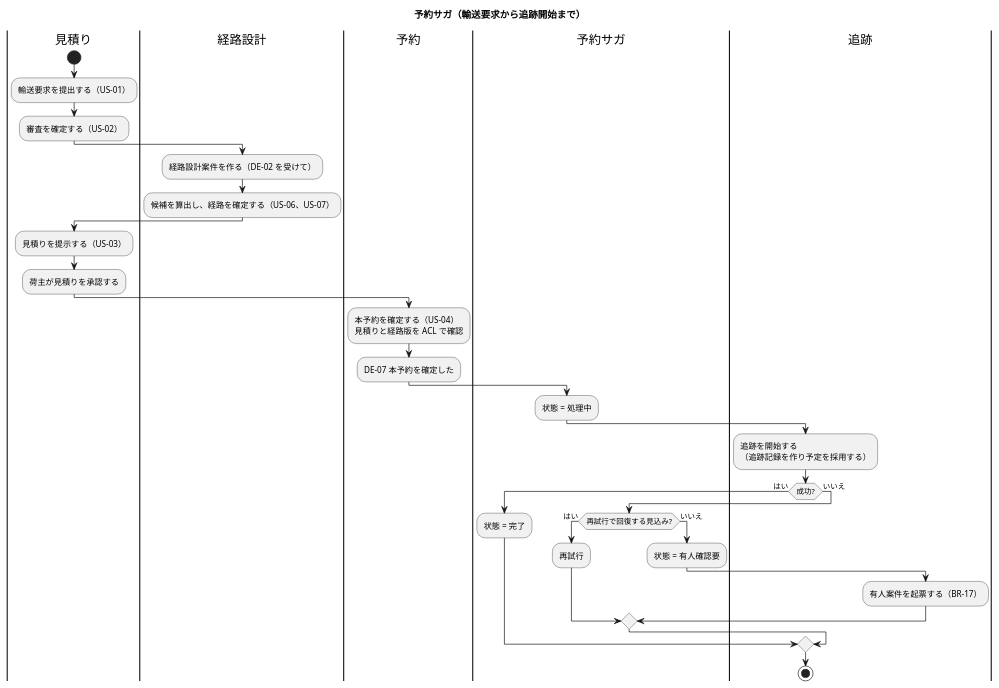
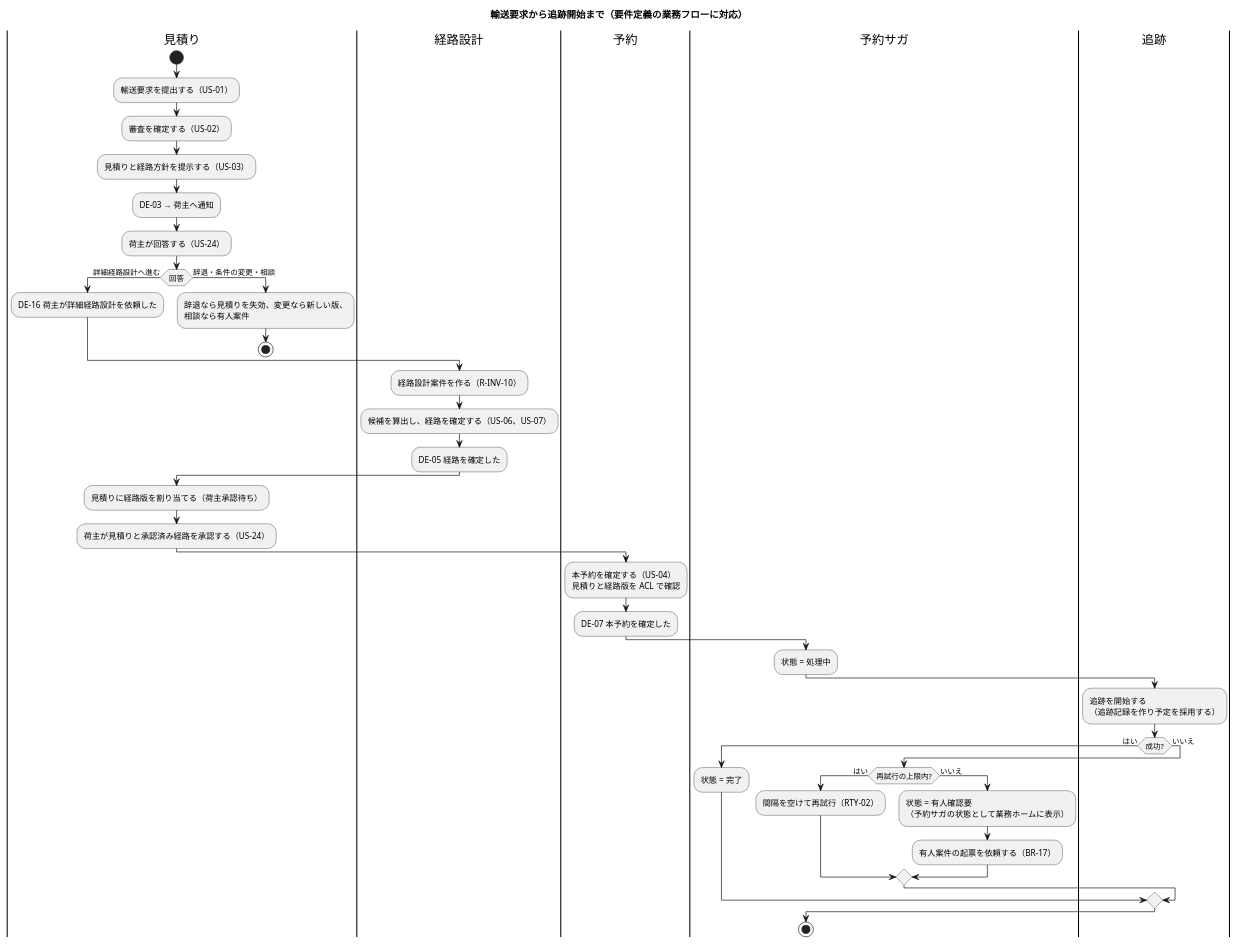
One commit to k2works/practical-domain-driven-design-in-enterpris-application changed diagram 15 of 15 in docs/design/cargo-tracker/domain_model.md. Above: the diagram before and after it, drawn with PlantUML. The commit also changed other lines of this file and 25 other files, not shown here.

````diff
--- a/docs/design/cargo-tracker/domain_model.md
+++ b/docs/design/cargo-tracker/domain_model.md
@@ -849,36 +962,45 @@
 ```plantuml
 @startuml
-title 予約サガ（輸送要求から追跡開始まで）
+title 輸送要求から追跡開始まで（要件定義の業務フローに対応）
 |見積り|
 start
 :輸送要求を提出する（US-01）;
 :審査を確定する（US-02）;
+:見積りと経路方針を提示する（US-03）;
+:DE-03 → 荷主へ通知;
+:荷主が回答する（US-24）;
+if (回答) then (詳細経路設計へ進む)
+  :DE-16 荷主が詳細経路設計を依頼した;
+else (辞退・条件の変更・相談)
+  :辞退なら見積りを失効、変更なら新しい版、\n相談なら有人案件;
+  stop
+endif
 |経路設計|
-:経路設計案件を作る（DE-02 を受けて）;
+:経路設計案件を作る（R-INV-10）;
 :候補を算出し、経路を確定する（US-06、US-07）;
+:DE-05 経路を確定した;
 |見積り|
-:見積りを提示する（US-03）;
-:荷主が見積りを承認する;
+:見積りに経路版を割り当てる（荷主承認待ち）;
+:荷主が見積りと承認済み経路を承認する（US-24）;
 |予約|
 :本予約を確定する（US-04）\n見積りと経路版を ACL で確認;
 :DE-07 本予約を確定した;
 |予約サガ|
 :状態 = 処理中;
 |追跡|
 :追跡を開始する\n（追跡記録を作り予定を採用する）;
 if (成功?) then (はい)
   |予約サガ|
   :状態 = 完了;
 else (いいえ)
   |予約サガ|
-  if (再試行で回復する見込み?) then (はい)
-    :再試行;
+  if (再試行の上限内?) then (はい)
+    :間隔を空けて再試行（RTY-02）;
   else (いいえ)
-    :状態 = 有人確認要;
-    |追跡|
-    :有人案件を起票する（BR-17）;
+    :状態 = 有人確認要\n（予約サガの状態として業務ホームに表示）;
+    :有人案件の起票を依頼する（BR-17）;
   endif
 endif
 stop
 @enduml
 ```
````
